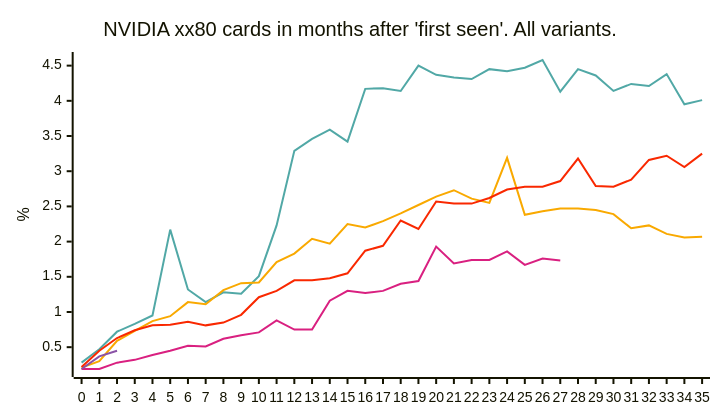
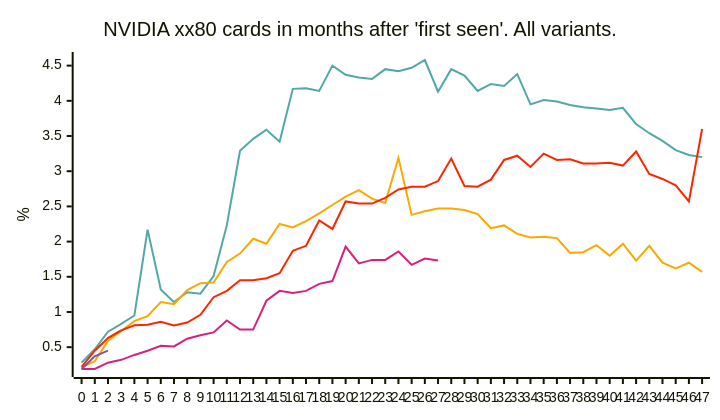
Before and after one commit to jdegene/birch-mapping: the second of 4 diagrams in README.md, drawn with Mermaid.

````diff
--- a/README.md
+++ b/README.md
@@ -40,24 +40,24 @@
 ```mermaid
 ---
 config:
     xyChart:
         width: 700
         height: 400
         
     themeVariables:
         xyChart:
             plotColorPalette: "#51a8a6,#f9a900,#f92800,#d92080,#8a52a6"
 
 --- 
 
 
 xychart-beta
     title "NVIDIA xx80 cards in months after 'first seen'. All variants."
-    x-axis[0, 1, 2, 3, 4, 5, 6, 7, 8, 9, 10, 11, 12, 13, 14, 15, 16, 17, 18, 19, 20, 21, 22, 23, 24, 25, 26, 27, 28, 29, 30, 31, 32, 33, 34, 35]
+    x-axis[0, 1, 2, 3, 4, 5, 6, 7, 8, 9, 10, 11, 12, 13, 14, 15, 16, 17, 18, 19, 20, 21, 22, 23, 24, 25, 26, 27, 28, 29, 30, 31, 32, 33, 34, 35, 36, 37, 38, 39, 40, 41, 42, 43, 44, 45, 46, 47]
     y-axis "%" 
-    line [0.27999999999999997, 0.47000000000000003, 0.72, 0.83, 0.95, 2.17, 1.32, 1.1400000000000001, 1.2799999999999998, 1.26, 1.5099999999999998, 2.23, 3.29, 3.46, 3.5900000000000003, 3.42, 4.17, 4.180000000000001, 4.14, 4.5, 4.37, 4.33, 4.31, 4.45, 4.42, 4.470000000000001, 4.58, 4.130000000000001, 4.45, 4.36, 4.14, 4.24, 4.21, 4.38, 3.95, 4.01]
-    line [0.21, 0.3, 0.59, 0.7299999999999999, 0.8699999999999999, 0.9400000000000001, 1.1400000000000001, 1.1099999999999999, 1.31, 1.41, 1.4200000000000002, 1.71, 1.83, 2.04, 1.97, 2.25, 2.1999999999999997, 2.29, 2.4, 2.52, 2.64, 2.73, 2.6100000000000003, 2.5500000000000003, 3.19, 2.3800000000000003, 2.43, 2.4699999999999998, 2.4699999999999998, 2.45, 2.3899999999999997, 2.19, 2.23, 2.11, 2.06, 2.07]
-    line [0.22, 0.44999999999999996, 0.63, 0.74, 0.8099999999999999, 0.8200000000000001, 0.86, 0.8099999999999999, 0.8500000000000001, 0.96, 1.21, 1.3, 1.4500000000000002, 1.45, 1.48, 1.55, 1.87, 1.94, 2.3, 2.18, 2.5700000000000003, 2.54, 2.54, 2.62, 2.74, 2.78, 2.78, 2.86, 3.18, 2.79, 2.78, 2.88, 3.16, 3.2199999999999998, 3.06, 3.25]
+    line [0.27999999999999997, 0.47000000000000003, 0.72, 0.83, 0.95, 2.17, 1.32, 1.1400000000000001, 1.2799999999999998, 1.26, 1.5099999999999998, 2.23, 3.29, 3.46, 3.5900000000000003, 3.42, 4.17, 4.180000000000001, 4.14, 4.5, 4.37, 4.33, 4.31, 4.45, 4.42, 4.470000000000001, 4.58, 4.130000000000001, 4.45, 4.36, 4.14, 4.24, 4.21, 4.38, 3.95, 4.01, 3.9899999999999998, 3.94, 3.91, 3.8899999999999997, 3.8699999999999997, 3.9, 3.6699999999999995, 3.54, 3.4300000000000006, 3.3000000000000003, 3.2299999999999995, 3.2]
+    line [0.21, 0.3, 0.59, 0.7299999999999999, 0.8699999999999999, 0.9400000000000001, 1.1400000000000001, 1.1099999999999999, 1.31, 1.41, 1.4200000000000002, 1.71, 1.83, 2.04, 1.97, 2.25, 2.1999999999999997, 2.29, 2.4, 2.52, 2.64, 2.73, 2.6100000000000003, 2.5500000000000003, 3.19, 2.3800000000000003, 2.43, 2.4699999999999998, 2.4699999999999998, 2.45, 2.3899999999999997, 2.19, 2.23, 2.11, 2.06, 2.07, 2.0500000000000003, 1.8399999999999999, 1.8499999999999999, 1.95, 1.7999999999999998, 1.97, 1.73, 1.94, 1.7000000000000002, 1.6199999999999999, 1.7000000000000002, 1.5699999999999998]
+    line [0.22, 0.44999999999999996, 0.63, 0.74, 0.8099999999999999, 0.8200000000000001, 0.86, 0.8099999999999999, 0.8500000000000001, 0.96, 1.21, 1.3, 1.4500000000000002, 1.45, 1.48, 1.55, 1.87, 1.94, 2.3, 2.18, 2.5700000000000003, 2.54, 2.54, 2.62, 2.74, 2.78, 2.78, 2.86, 3.18, 2.79, 2.78, 2.88, 3.16, 3.2199999999999998, 3.06, 3.25, 3.16, 3.17, 3.1100000000000003, 3.11, 3.12, 3.08, 3.2800000000000002, 2.96, 2.89, 2.8000000000000003, 2.5700000000000003, 3.6000000000000005]
     line [0.19, 0.19, 0.27999999999999997, 0.32, 0.38999999999999996, 0.44999999999999996, 0.52, 0.51, 0.62, 0.67, 0.7100000000000001, 0.88, 0.75, 0.75, 1.16, 1.3, 1.27, 1.3, 1.4000000000000001, 1.44, 1.9299999999999997, 1.69, 1.7399999999999998, 1.7399999999999998, 1.8599999999999999, 1.67, 1.7599999999999998, 1.73]
     line [0.19, 0.37, 0.44999999999999996]
 ``` 
````
